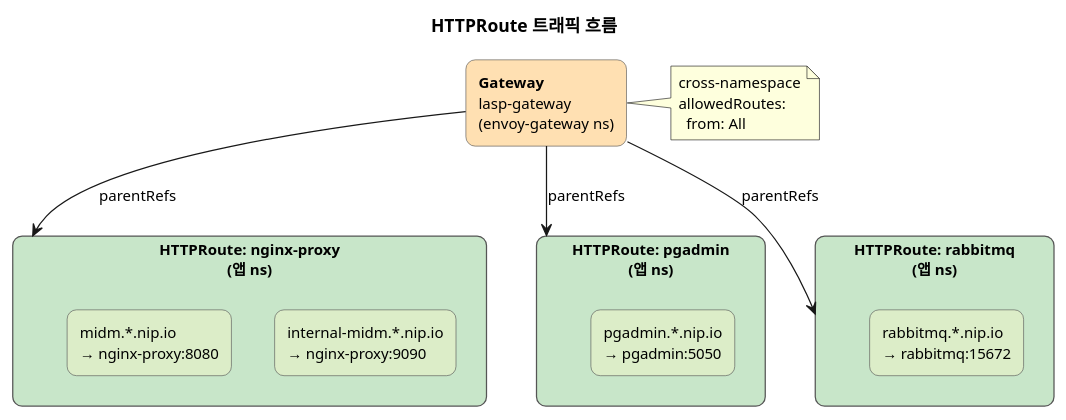
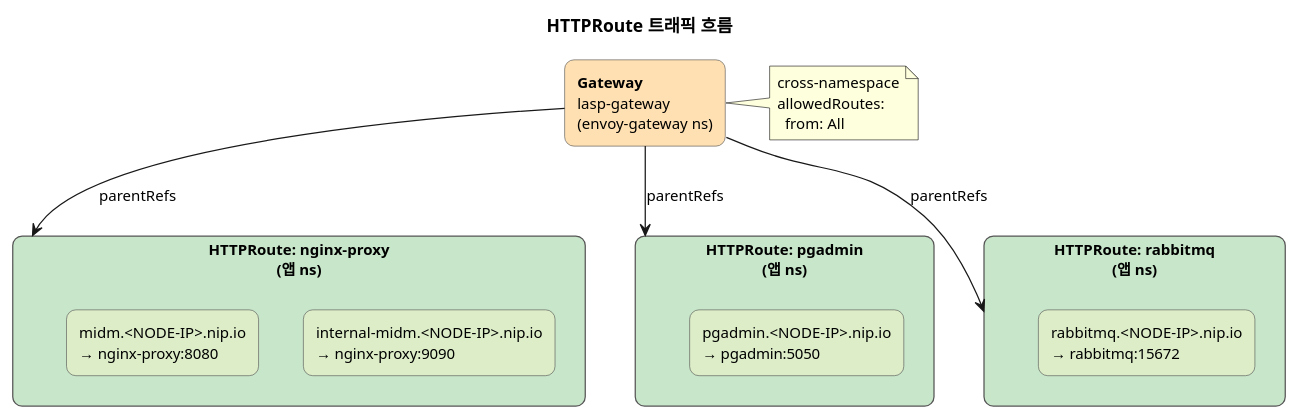
One commit to noisonnoiton/noisonnoiton.github.io changed the diagram in src/content/docs/blogs/010_kubernetes/envoy-gateway-routing.md. Above: the diagram before and after it, drawn with PlantUML. The commit also changed other lines of this file and 1 other file, not shown here.

````diff
--- a/src/content/docs/blogs/010_kubernetes/envoy-gateway-routing.md
+++ b/src/content/docs/blogs/010_kubernetes/envoy-gateway-routing.md
@@ -8,38 +8,38 @@
 ```plantuml
 @startuml
 skinparam backgroundColor transparent
 skinparam defaultFontSize 12
 skinparam rectangle {
   RoundCorner 15
   BorderColor #555555
 }
 
 title HTTPRoute 트래픽 흐름
 
 rectangle "**Gateway**\nlasp-gateway\n(envoy-gateway ns)" as gw #FFE0B2
 
 rectangle "**HTTPRoute: nginx-proxy**\n(앱 ns)" as hr1 #C8E6C9 {
-  rectangle "internal-midm.*.nip.io\n→ nginx-proxy:9090" as r1 #DCEDC8
-  rectangle "midm.*.nip.io\n→ nginx-proxy:8080" as r2 #DCEDC8
+  rectangle "internal-midm.<NODE-IP>.nip.io\n→ nginx-proxy:9090" as r1 #DCEDC8
+  rectangle "midm.<NODE-IP>.nip.io\n→ nginx-proxy:8080" as r2 #DCEDC8
 }
 
 rectangle "**HTTPRoute: pgadmin**\n(앱 ns)" as hr2 #C8E6C9 {
-  rectangle "pgadmin.*.nip.io\n→ pgadmin:5050" as r3 #DCEDC8
+  rectangle "pgadmin.<NODE-IP>.nip.io\n→ pgadmin:5050" as r3 #DCEDC8
 }
 
 rectangle "**HTTPRoute: rabbitmq**\n(앱 ns)" as hr3 #C8E6C9 {
-  rectangle "rabbitmq.*.nip.io\n→ rabbitmq:15672" as r4 #DCEDC8
+  rectangle "rabbitmq.<NODE-IP>.nip.io\n→ rabbitmq:15672" as r4 #DCEDC8
 }
 
 gw --> hr1 : parentRefs
 gw --> hr2 : parentRefs
 gw --> hr3 : parentRefs
 
 note right of gw
   cross-namespace
   allowedRoutes:
     from: All
 end note
 
 @enduml
 ```
````
